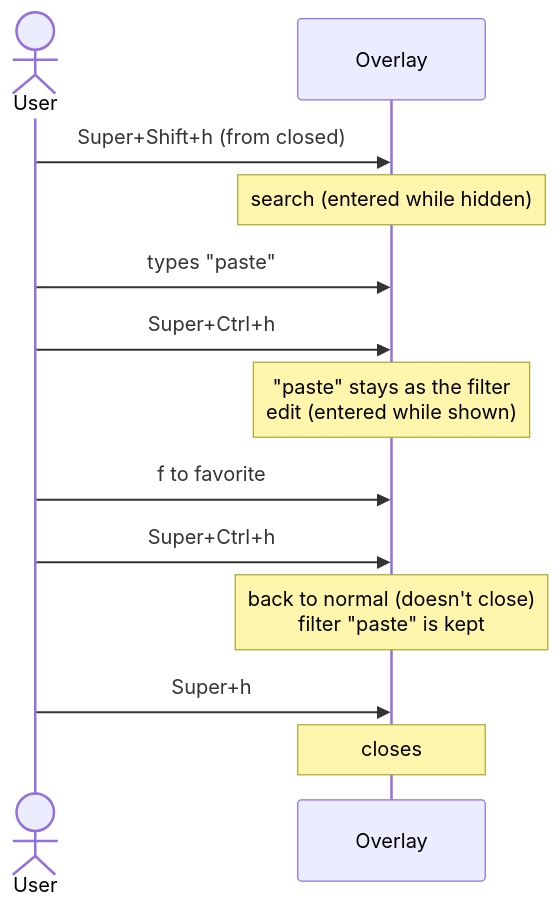
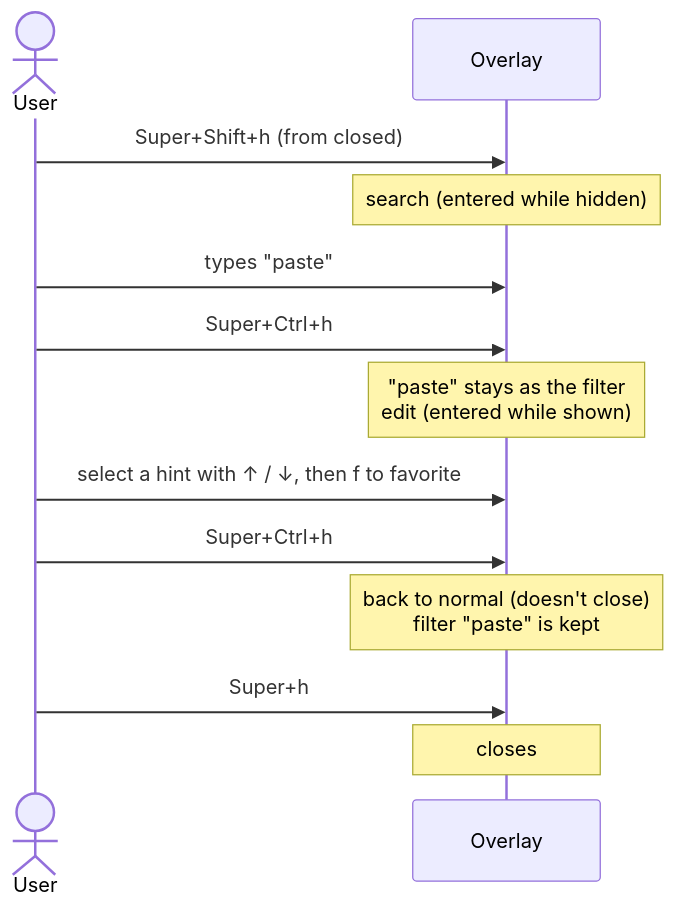
Before and after one commit to yasuoeto/wayhint: the second of 2 diagrams in docs/HOTKEYS.md, drawn with Mermaid. The commit also changed other lines of this file and 15 other files, not shown here.

First line of the commit message:
docs: 導入手順を入れ方別に分け、操作図と nested / include の説明を直す

````diff
--- a/docs/HOTKEYS.md
+++ b/docs/HOTKEYS.md
@@ -157,15 +133,15 @@
 ```mermaid
 sequenceDiagram
     actor U as User
     participant O as Overlay
     U->>O: Super+Shift+h (from closed)
     Note over O: search (entered while hidden)
     U->>O: types "paste"
     U->>O: Super+Ctrl+h
     Note over O: "paste" stays as the filter<br/>edit (entered while shown)
-    U->>O: f to favorite
+    U->>O: select a hint with ↑ / ↓, then f to favorite
     U->>O: Super+Ctrl+h
     Note over O: back to normal (doesn't close)<br/>filter "paste" is kept
     U->>O: Super+h
     Note over O: closes
 ```
````
